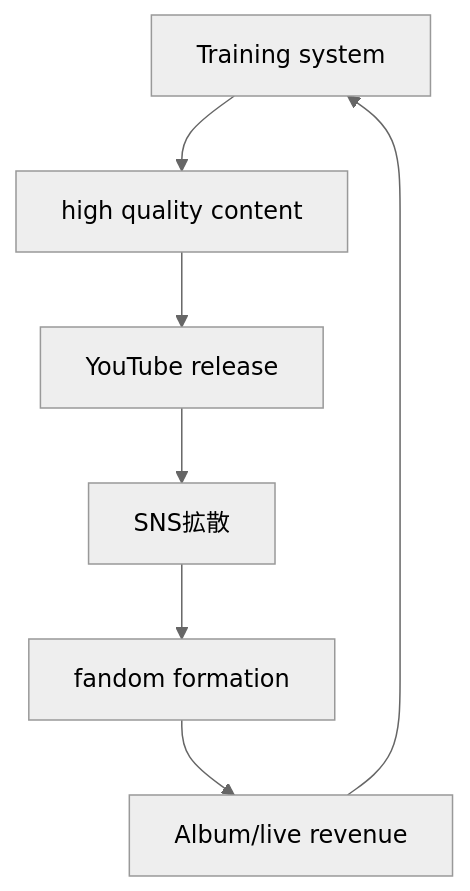
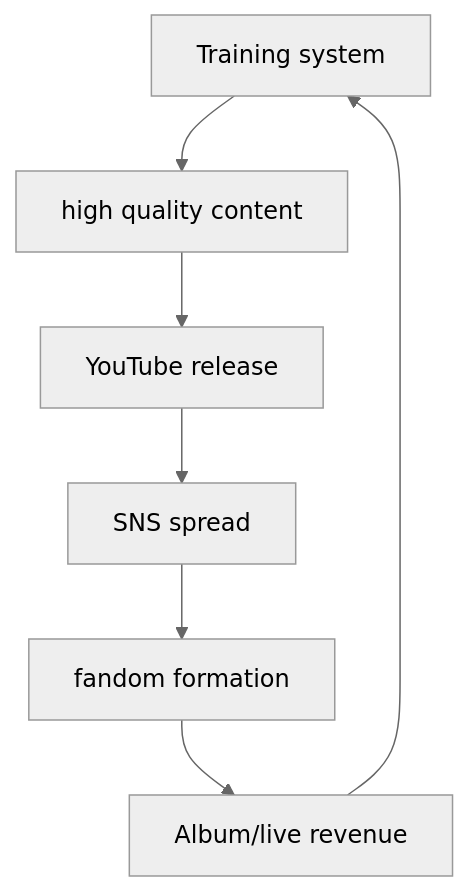
Before and after one commit to monumental-movement/monumental-movement.github.io: the second of 2 diagrams in en/_posts/2026-02-14-column-k-pop-sns.md, drawn with Mermaid (neutral theme). The commit also changed other lines of this file and 851 other files, not shown here.

```diff
--- a/en/_posts/2026-02-14-column-k-pop-sns.md
+++ b/en/_posts/2026-02-14-column-k-pop-sns.md
@@ -114,9 +114,9 @@
 <div class="mermaid">
 flowchart TD
     A[Training system] --> B[high quality content]
     B --> C[YouTube release]
-    C --> D[SNS拡散]
+    C --> D[SNS spread]
     D --> E[fandom formation]
     E --> F[Album/live revenue]
     F --> A
 </div>
```
